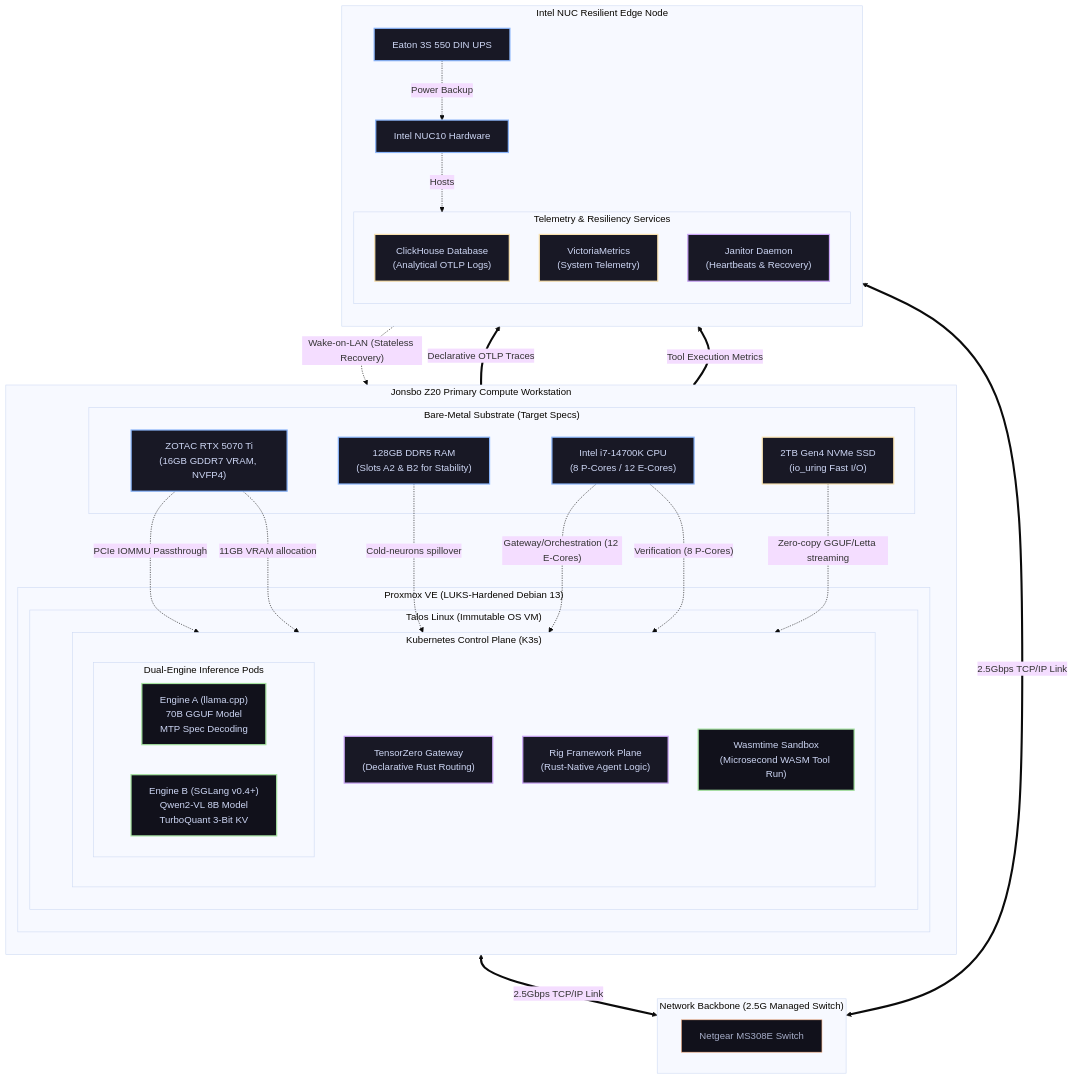
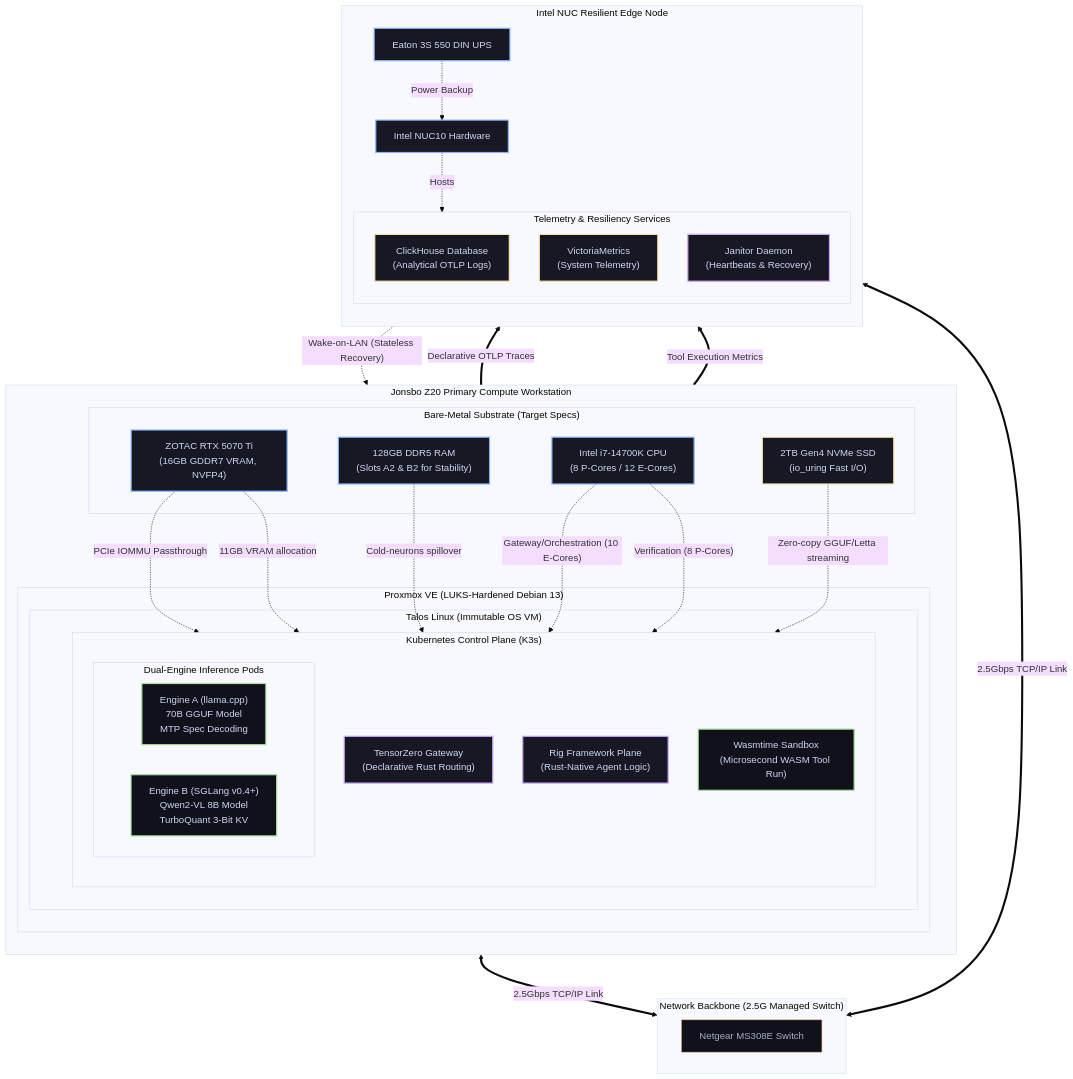
Before and after one commit to foersben/janus-synapse-edge: the diagram in docs/index.md, drawn with Mermaid (base theme). The commit also changed other lines of this file and 13 other files, not shown here.

````diff
--- a/docs/index.md
+++ b/docs/index.md
@@ -28,73 +28,73 @@
 ```mermaid
 flowchart TB
     %% Style definitions
     classDef physical fill:#181825,stroke:#89b4fa,stroke-width:2px,color:#cdd6f4
     classDef virtual fill:#11111b,stroke:#a6e3a1,stroke-width:2px,color:#cdd6f4
     classDef storage fill:#181825,stroke:#f9e2af,stroke-width:2px,color:#cdd6f4
     classDef runtime fill:#181825,stroke:#cba6f7,stroke-width:2px,color:#cdd6f4
     classDef network fill:#11111b,stroke:#fab387,stroke-width:1px,color:#a6adc8
 
     subgraph ComputeNode["Jonsbo Z20 Primary Compute Workstation"]
         direction TB
         subgraph Hardware["Bare-Metal Substrate (Target Specs)"]
             CPU["Intel i7-14700K CPU<br/>(8 P-Cores / 12 E-Cores)"]:::physical
             GPU["ZOTAC RTX 5070 Ti<br/>(16GB GDDR7 VRAM, NVFP4)"]:::physical
             RAM["128GB DDR5 RAM<br/>(Slots A2 & B2 for Stability)"]:::physical
             NVMe["2TB Gen4 NVMe SSD<br/>(io_uring Fast I/O)"]:::storage
         end
 
         subgraph Virtualization["Proxmox VE (LUKS-Hardened Debian 13)"]
             subgraph Talos["Talos Linux (Immutable OS VM)"]
                 subgraph K3s["Kubernetes Control Plane (K3s)"]
                     direction TB
                     Gateway["TensorZero Gateway<br/>(Declarative Rust Routing)"]:::runtime
                     Rig["Rig Framework Plane<br/>(Rust-Native Agent Logic)"]:::runtime
                     WASM["Wasmtime Sandbox<br/>(Microsecond WASM Tool Run)"]:::virtual
 
                     subgraph DualEngine["Dual-Engine Inference Pods"]
                         direction LR
                         EngineA["Engine A (llama.cpp)<br/>70B GGUF Model<br/>MTP Spec Decoding"]:::virtual
                         EngineB["Engine B (SGLang v0.4+)<br/>Qwen2-VL 8B Model<br/>TurboQuant 3-Bit KV"]:::virtual
                     end
                 end
             end
         end
 
         %% Connections and Resource Routing
         GPU -. "PCIe IOMMU Passthrough" .-> EngineB
         GPU -. "11GB VRAM allocation" .-> EngineA
         RAM -. "Cold-neurons spillover" .-> EngineA
         CPU -. "Verification (8 P-Cores)" .-> EngineA
-        CPU -. "Gateway/Orchestration (12 E-Cores)" .-> Rig
+        CPU -. "Gateway/Orchestration (10 E-Cores)" .-> Rig
         NVMe -. "Zero-copy GGUF/Letta streaming" .-> EngineA
     end
 
     subgraph Switch["Network Backbone (2.5G Managed Switch)"]
         direction LR
         NETGEAR["Netgear MS308E Switch"]:::network
     end
 
     subgraph EdgeNode["Intel NUC Resilient Edge Node"]
         direction TB
         NUC_HW["Intel NUC10 Hardware"]:::physical
         UPS["Eaton 3S 550 DIN UPS"]:::physical
 
         subgraph TelemetryStore["Telemetry & Resiliency Services"]
             ClickHouse["ClickHouse Database<br/>(Analytical OTLP Logs)"]:::storage
             VictoriaMetrics["VictoriaMetrics<br/>(System Telemetry)"]:::storage
             Janitor["Janitor Daemon<br/>(Heartbeats & Recovery)"]:::runtime
         end
 
         UPS -. "Power Backup" .-> NUC_HW
         NUC_HW -. "Hosts" .-> TelemetryStore
     end
 
     %% Network links
     ComputeNode <== "2.5Gbps TCP/IP Link" ==> NETGEAR
     NETGEAR <== "2.5Gbps TCP/IP Link" ==> EdgeNode
 
     %% Logic pathways
     Rig ==>|"Declarative OTLP Traces"| ClickHouse
     WASM ==>|"Tool Execution Metrics"| VictoriaMetrics
     Janitor -. "Wake-on-LAN (Stateless Recovery)" .-> ComputeNode
 ```
````
